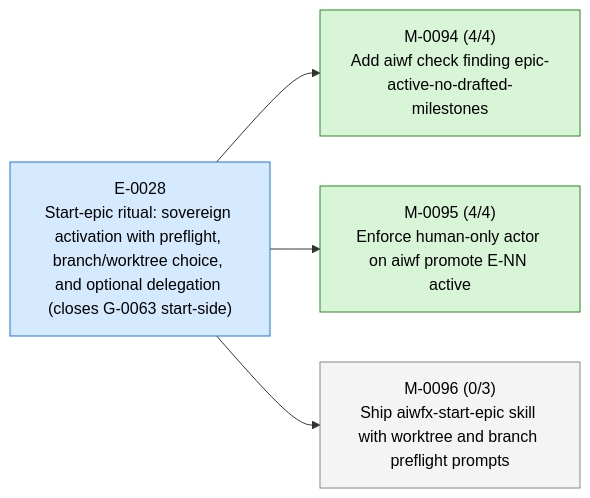
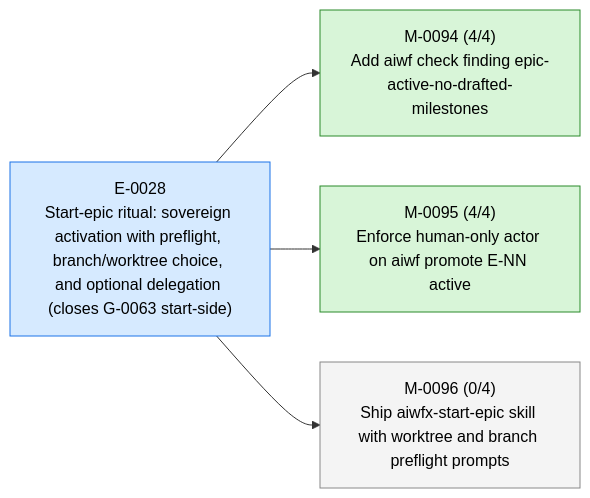
The first of 3 diagrams in STATUS.md (23min/aiwf), drawn with Mermaid before and after one commit. The commit also changed other lines of this file and 1 other file, not shown here.

First line of the commit message:
aiwf add ac M-0096/AC-4 "Branch prompt is heading-scoped Q&A with G-0059 deferral note"

````diff
--- a/STATUS.md
+++ b/STATUS.md
@@ -15,16 +15,16 @@
 ```mermaid
 flowchart LR
   E_0028["E-0028<br/>Start-epic ritual: sovereign activation with preflight, branch/worktree choice, and optional delegation (closes G-0063 start-side)"]:::epic_active
   M_0094["M-0094 (4/4)<br/>Add aiwf check finding epic-active-no-drafted-milestones"]:::ms_done
   E_0028 --> M_0094
   M_0095["M-0095 (4/4)<br/>Enforce human-only actor on aiwf promote E-NN active"]:::ms_done
   E_0028 --> M_0095
-  M_0096["M-0096 (0/3)<br/>Ship aiwfx-start-epic skill with worktree and branch preflight prompts"]:::ms_draft
+  M_0096["M-0096 (0/4)<br/>Ship aiwfx-start-epic skill with worktree and branch preflight prompts"]:::ms_draft
   E_0028 --> M_0096
   classDef epic_active fill:#d6eaff,stroke:#1a73e8,color:#000
   classDef epic_proposed fill:#f4f4f4,stroke:#888,color:#000
   classDef ms_done fill:#d8f5d8,stroke:#2a8a2a,color:#000
   classDef ms_in_progress fill:#fff3c4,stroke:#caa400,color:#000
   classDef ms_draft fill:#f4f4f4,stroke:#888,color:#000
   classDef ms_cancelled fill:#fbeaea,stroke:#c33,color:#000
 ```
````
